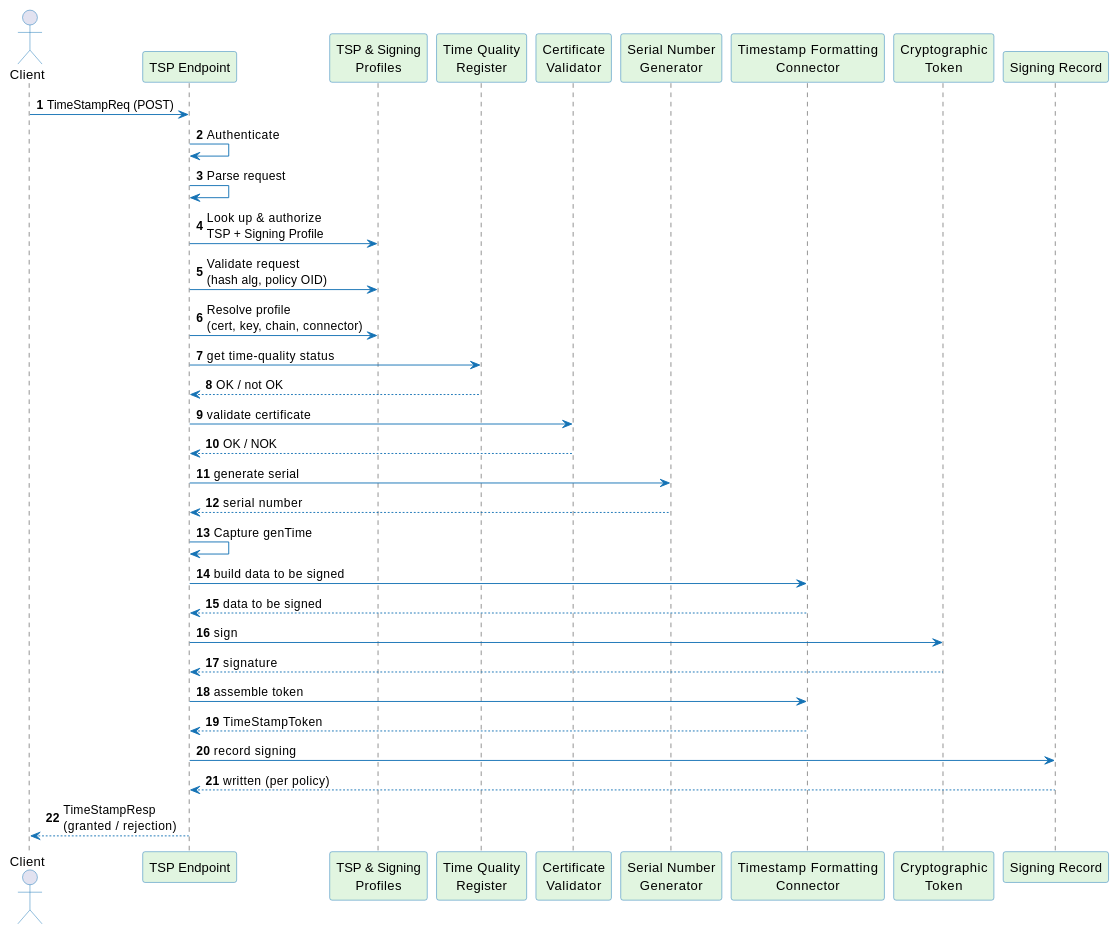
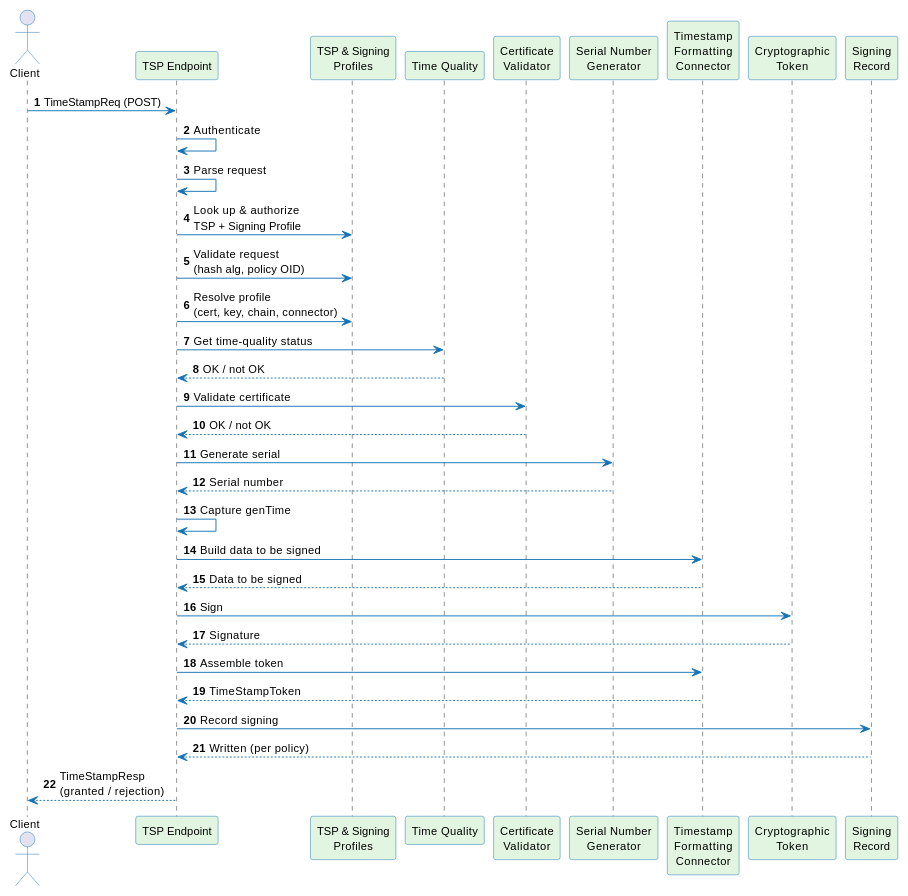
The diagram in docs/signing/timestamping/timestamping-flow.md (CZERTAINLY/CZERTAINLY-Documentation), drawn with PlantUML before and after one commit. The commit also changed other lines of this file and 49 other files, not shown here.

````diff
--- a/docs/signing/timestamping/timestamping-flow.md
+++ b/docs/signing/timestamping/timestamping-flow.md
@@ -15,45 +15,46 @@
 ```plantuml
 @startuml
 skinparam sequence {
     ArrowColor #1573B5
     ActorBorderColor #1573B5
     ParticipantBorderColor #1573B5
     ParticipantBackgroundColor #E1F5E0
     NoteBackgroundColor #F7F7F7
 }
+skinparam defaultFontSize 12
 autonumber
 
 actor Client
 participant "TSP Endpoint" as Core
 participant "TSP & Signing\nProfiles" as Profiles
-participant "Time Quality\nRegister" as TQ
+participant "Time Quality" as TQ
 participant "Certificate\nValidator" as Cert
 participant "Serial Number\nGenerator" as Serial
-participant "Timestamp Formatting\nConnector" as Fmt
+participant "Timestamp\nFormatting\nConnector" as Fmt
 participant "Cryptographic\nToken" as Token
-participant "Signing Record" as Rec
+participant "Signing\nRecord" as Rec
 
 Client -> Core: TimeStampReq (POST)
 Core -> Core: Authenticate
 Core -> Core: Parse request
 Core -> Profiles: Look up & authorize\nTSP + Signing Profile
 Core -> Profiles: Validate request\n(hash alg, policy OID)
 Core -> Profiles: Resolve profile\n(cert, key, chain, connector)
-Core -> TQ: get time-quality status
+Core -> TQ: Get time-quality status
 TQ --> Core: OK / not OK
-Core -> Cert: validate certificate
-Cert --> Core: OK / NOK
-Core -> Serial: generate serial
-Serial --> Core: serial number
+Core -> Cert: Validate certificate
+Cert --> Core: OK / not OK
+Core -> Serial: Generate serial
+Serial --> Core: Serial number
 Core -> Core: Capture genTime
-Core -> Fmt: build data to be signed
-Fmt --> Core: data to be signed
-Core -> Token: sign
-Token --> Core: signature
-Core -> Fmt: assemble token
+Core -> Fmt: Build data to be signed
+Fmt --> Core: Data to be signed
+Core -> Token: Sign
+Token --> Core: Signature
+Core -> Fmt: Assemble token
 Fmt --> Core: TimeStampToken
-Core -> Rec: record signing
-Rec --> Core: written (per policy)
+Core -> Rec: Record signing
+Rec --> Core: Written (per policy)
 Core --> Client: TimeStampResp\n(granted / rejection)
 @enduml
 ```
````
